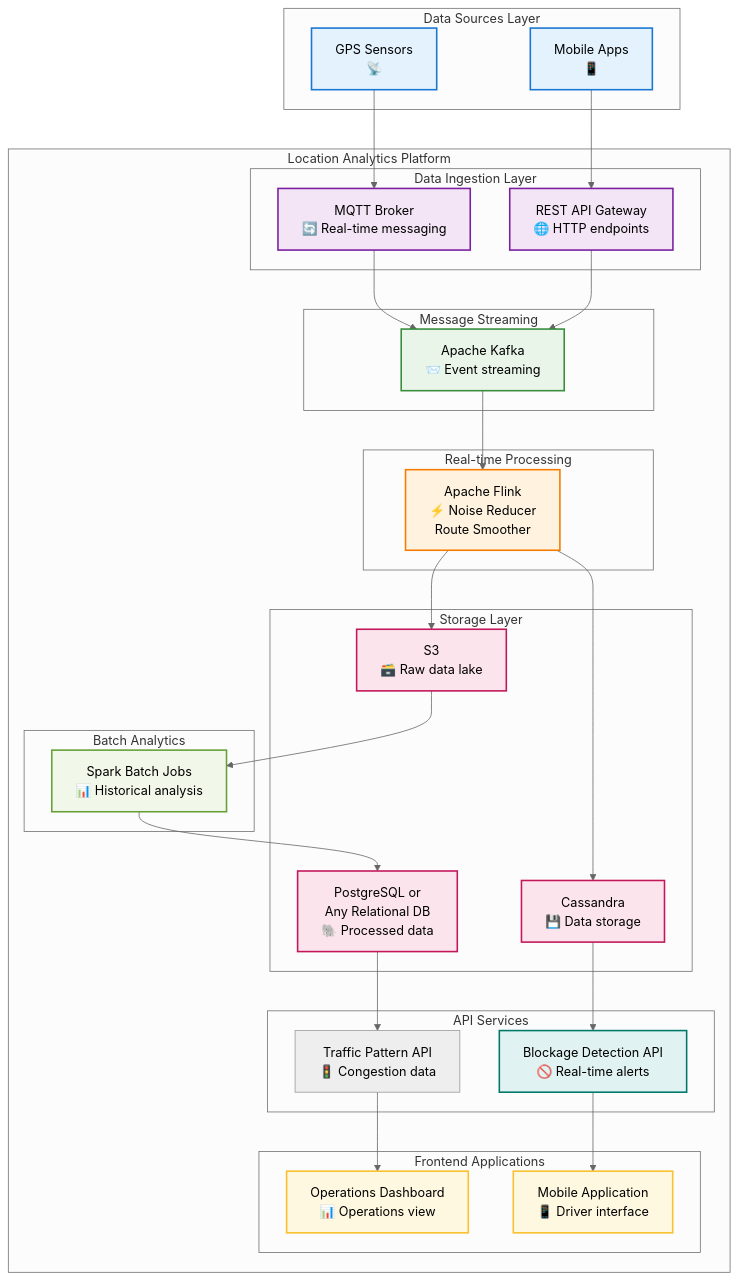
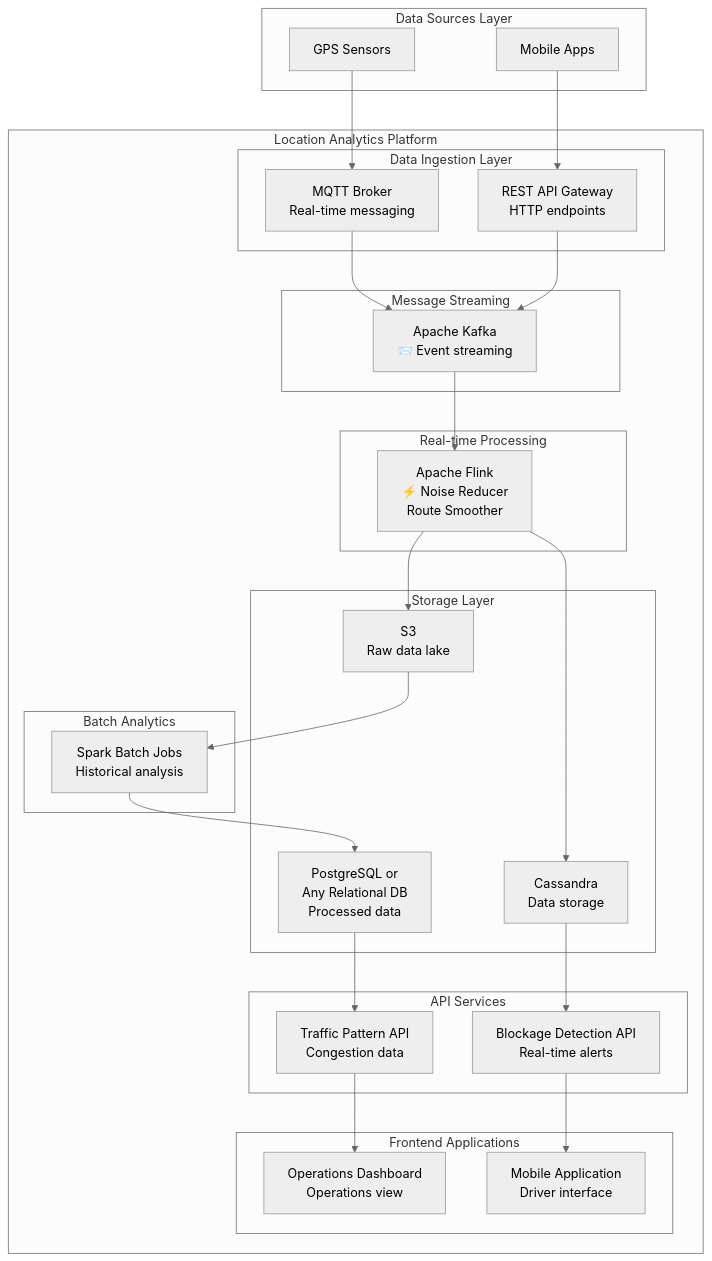
Before and after one commit to dhananjaydpatkar/traffic-analytics: the diagram in design/high_level_flow.md, drawn with Mermaid (neutral theme).

````diff
--- a/design/high_level_flow.md
+++ b/design/high_level_flow.md
@@ -7,15 +7,15 @@
 
     %% Data Sources
     subgraph "Data Sources Layer"
-        GPS[GPS Sensors<br/>📡 ]
-        MOBILE[Mobile Apps<br/>📱]
+        GPS[GPS Sensors<br/>]
+        MOBILE[Mobile Apps<br/>]
     end
     
     subgraph "Location Analytics Platform"
     %% Data Ingestion
     subgraph "Data Ingestion Layer"
-        MQTT[MQTT Broker<br/>🔄 Real-time messaging]
-        REST[REST API Gateway<br/>🌐 HTTP endpoints]
+        MQTT[MQTT Broker<br/>Real-time messaging]
+        REST[REST API Gateway<br/>HTTP endpoints]
     end
     
     %% Message Queue
@@ -30,26 +30,26 @@
     
     %% Data Storage
     subgraph "Storage Layer"
-        HDFS[S3<br/>🗃️ Raw data lake]
-        CASSANDRA[Cassandra<br/>💾 Data storage]
-        POSTGRES[PostgreSQL or <br> Any Relational DB <br/>🐘 Processed data]
+        HDFS[S3<br/> Raw data lake]
+        CASSANDRA[Cassandra<br/> Data storage]
+        POSTGRES[PostgreSQL or <br> Any Relational DB <br/> Processed data]
     end
     
     %% Batch Processing
     subgraph "Batch Analytics"
-        SPARK_BATCH[Spark Batch Jobs<br/>📊 Historical analysis]
+        SPARK_BATCH[Spark Batch Jobs<br/>Historical analysis]
     end
     
     %% Application Services
     subgraph "API Services"
-        BLOCKAGE_API[Blockage Detection API<br/>🚫 Real-time alerts]
-        TRAFFIC_PATTERN[Traffic Pattern API<br/>🚦 Congestion data]
+        BLOCKAGE_API[Blockage Detection API<br/>Real-time alerts]
+        TRAFFIC_PATTERN[Traffic Pattern API<br/>Congestion data]
     end
     
     %% Frontend Applications
     subgraph "Frontend Applications"
-        DASHBOARD[Operations Dashboard<br/>📊 Operations view]
-        MOBILE_APP[Mobile Application<br/>📱 Driver interface]
+        DASHBOARD[Operations Dashboard<br/>Operations view]
+        MOBILE_APP[Mobile Application<br/>Driver interface]
     end
     end
 
@@ -78,23 +78,5 @@
     TRAFFIC_PATTERN --> DASHBOARD
     
 
-    
-    %% Styling
-    classDef source fill:#E3F2FD,stroke:#1976D2,stroke-width:2px
-    classDef ingestion fill:#F3E5F5,stroke:#7B1FA2,stroke-width:2px
-    classDef streaming fill:#E8F5E8,stroke:#388E3C,stroke-width:2px
-    classDef processing fill:#FFF3E0,stroke:#F57C00,stroke-width:2px
-    classDef storage fill:#FCE4EC,stroke:#C2185B,stroke-width:2px
-    classDef batch fill:#F1F8E9,stroke:#689F38,stroke-width:2px
-    classDef api fill:#E0F2F1,stroke:#00796B,stroke-width:2px
-    classDef frontend fill:#FFF8E1,stroke:#FBC02D,stroke-width:2px
-    
-    class GPS,MOBILE source
-    class MQTT,REST ingestion
-    class KAFKA streaming
-    class SPARK_STREAM,FLINK processing
-    class HDFS,TIMESERIES,CASSANDRA,POSTGRES storage
-    class SPARK_BATCH,ML_PIPELINE,ETL batch
-    class BLOCKAGE_API,TRAFFIC_API,ROUTE_API api
-    class DASHBOARD,MOBILE_APP,BI_TOOLS frontend
+
 ```
````
